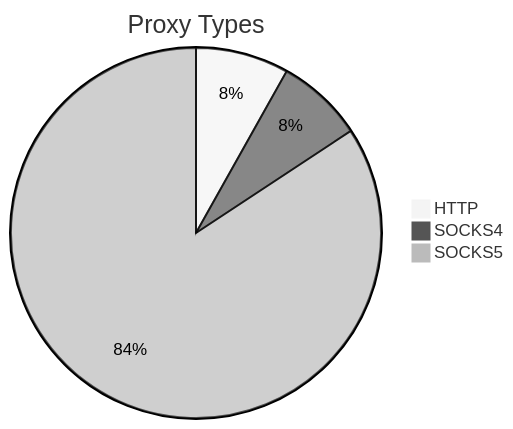
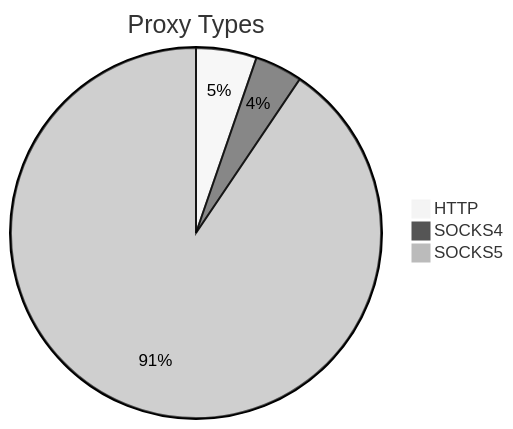
Before and after one commit to stormsia/proxy-list: the first of 2 diagrams in README.md, drawn with Mermaid (neutral theme). The commit also changed other lines of this file, not shown here.

````diff
--- a/README.md
+++ b/README.md
@@ -21,6 +21,6 @@
 ```mermaid
 pie title Proxy Types
-    "HTTP" : 225
-    "SOCKS4" : 210
-    "SOCKS5" : 2332
+    "HTTP" : 130
+    "SOCKS4" : 102
+    "SOCKS5" : 2224
 ```
````
